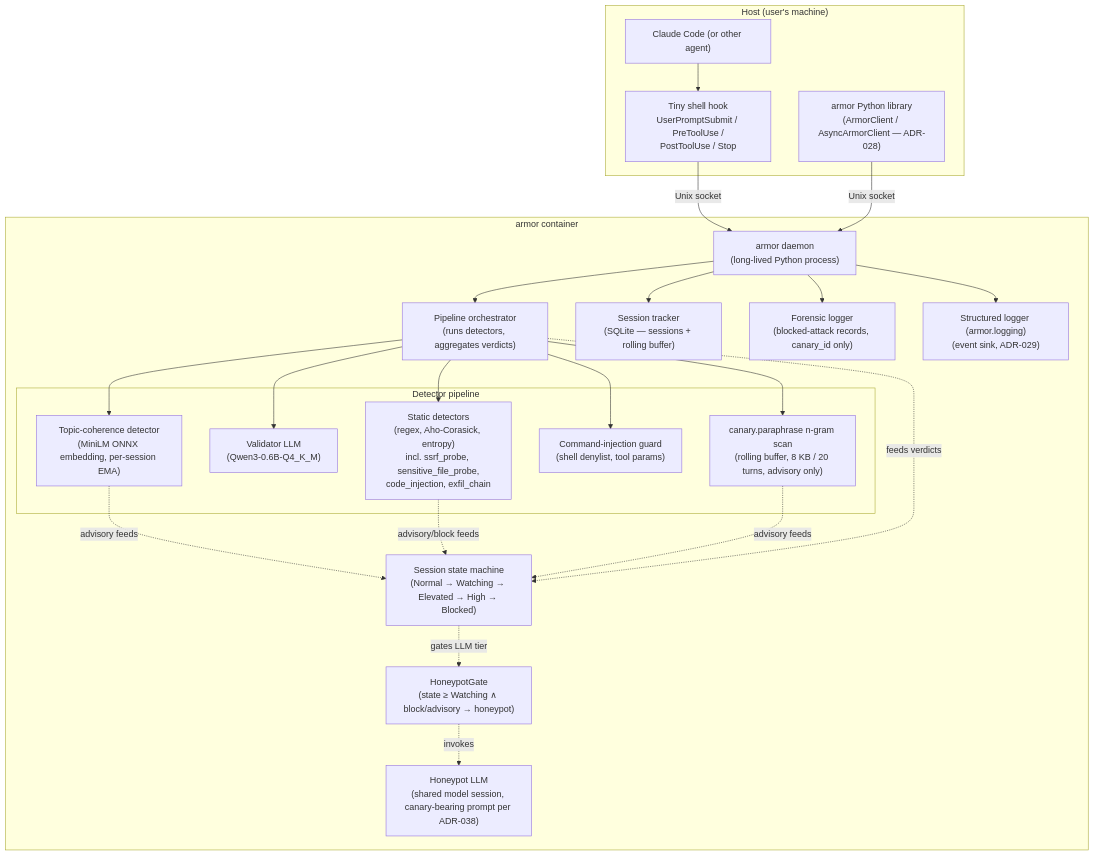
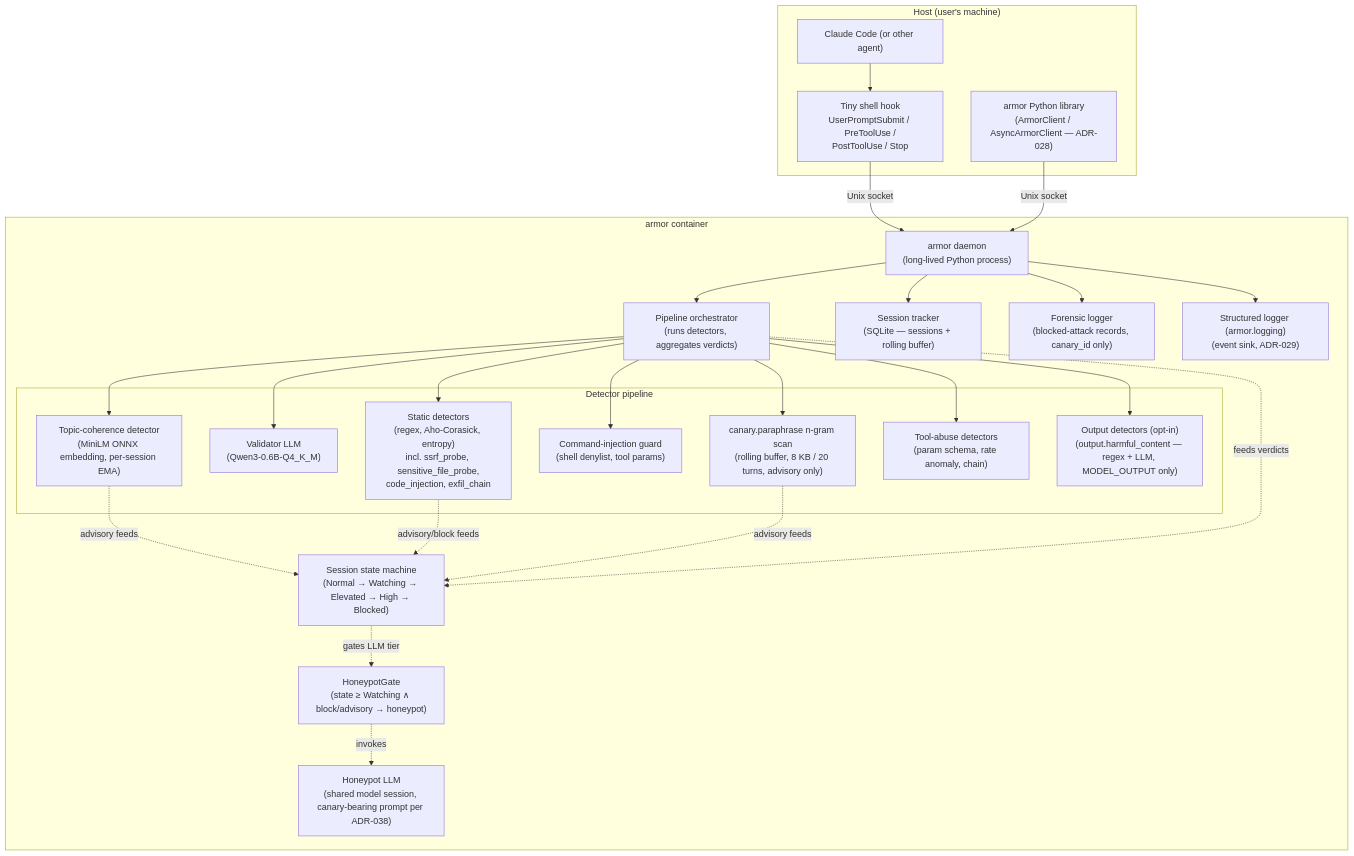
Before and after one commit to tkdtaylor/armor: the second of 9 diagrams in docs/architecture/diagrams.md, drawn with Mermaid. The commit also changed other lines of this file and 7 other files, not shown here.

````diff
--- a/docs/architecture/diagrams.md
+++ b/docs/architecture/diagrams.md
@@ -60,49 +60,53 @@
 ```mermaid
 flowchart TB
     subgraph Host["Host (user's machine)"]
         CC["Claude Code (or other agent)"]
         Hook["Tiny shell hook<br/>UserPromptSubmit / PreToolUse /<br/>PostToolUse / Stop"]
         Lib["armor Python library<br/>(ArmorClient / AsyncArmorClient — ADR-028)"]
     end
 
     subgraph Container["armor container"]
         Daemon["armor daemon<br/>(long-lived Python process)"]
 
         PipelineOrch["Pipeline orchestrator<br/>(runs detectors, aggregates verdicts)"]
 
         subgraph Detectors["Detector pipeline"]
             Static["Static detectors<br/>(regex, Aho-Corasick, entropy)<br/>incl. ssrf_probe, sensitive_file_probe,<br/>code_injection, exfil_chain"]
             Validator["Validator LLM<br/>(Qwen3-0.6B-Q4_K_M)"]
             Topic["Topic-coherence detector<br/>(MiniLM ONNX embedding, per-session EMA)"]
             CmdGuard["Command-injection guard<br/>(shell denylist, tool params)"]
             Rolling["canary.paraphrase n-gram scan<br/>(rolling buffer, 8 KB / 20 turns, advisory only)"]
+            ToolAbuse["Tool-abuse detectors<br/>(param schema, rate anomaly, chain)"]
+            OutputOpt["Output detectors (opt-in)<br/>(output.harmful_content — regex + LLM, MODEL_OUTPUT only)"]
         end
 
         HoneypotGate["HoneypotGate<br/>(state ≥ Watching ∧ block/advisory → honeypot)"]
 
         FSM["Session state machine<br/>(Normal → Watching → Elevated → High → Blocked)"]
         Session["Session tracker<br/>(SQLite — sessions + rolling buffer)"]
         Forensic["Forensic logger<br/>(blocked-attack records, canary_id only)"]
         Honeypot["Honeypot LLM<br/>(shared model session, canary-bearing prompt per ADR-038)"]
         Logger["Structured logger (armor.logging)<br/>(event sink, ADR-029)"]
     end
 
     CC --> Hook
     Hook -->|Unix socket| Daemon
     Lib -->|Unix socket| Daemon
     Daemon --> PipelineOrch
     PipelineOrch --> Static
     PipelineOrch --> Validator
     PipelineOrch --> Topic
     PipelineOrch --> CmdGuard
     PipelineOrch --> Rolling
+    PipelineOrch --> ToolAbuse
+    PipelineOrch --> OutputOpt
     HoneypotGate -.invokes.-> Honeypot
     Topic -.advisory feeds.-> FSM
     Static -.advisory/block feeds.-> FSM
     Rolling -.advisory feeds.-> FSM
     FSM -.gates LLM tier.-> HoneypotGate
     Daemon --> Session
     Daemon --> Forensic
     Daemon --> Logger
     PipelineOrch -.feeds verdicts.-> FSM
 ```
````
